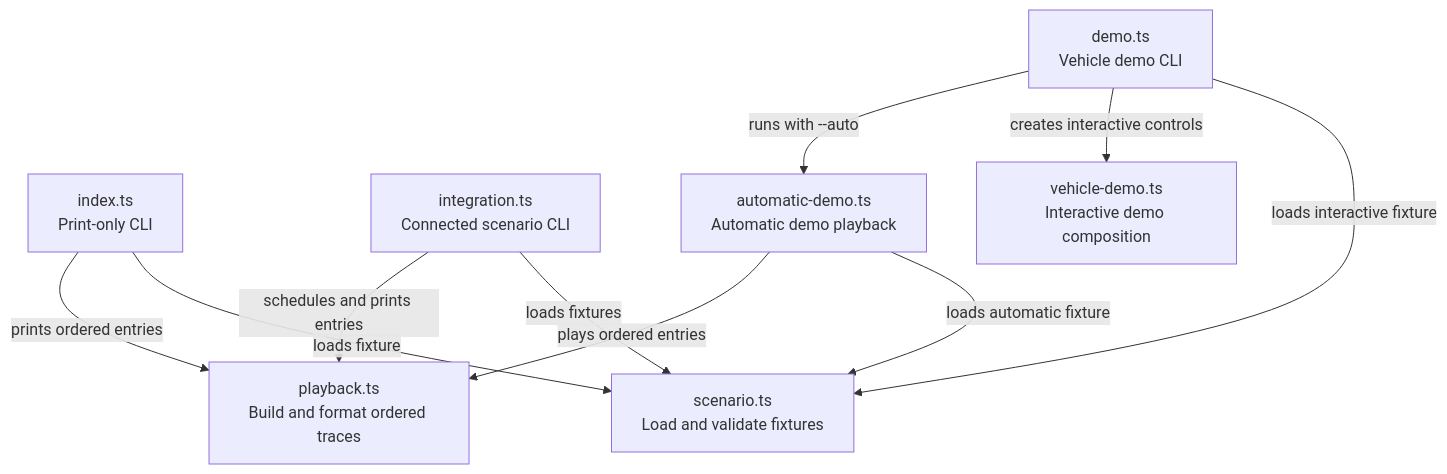
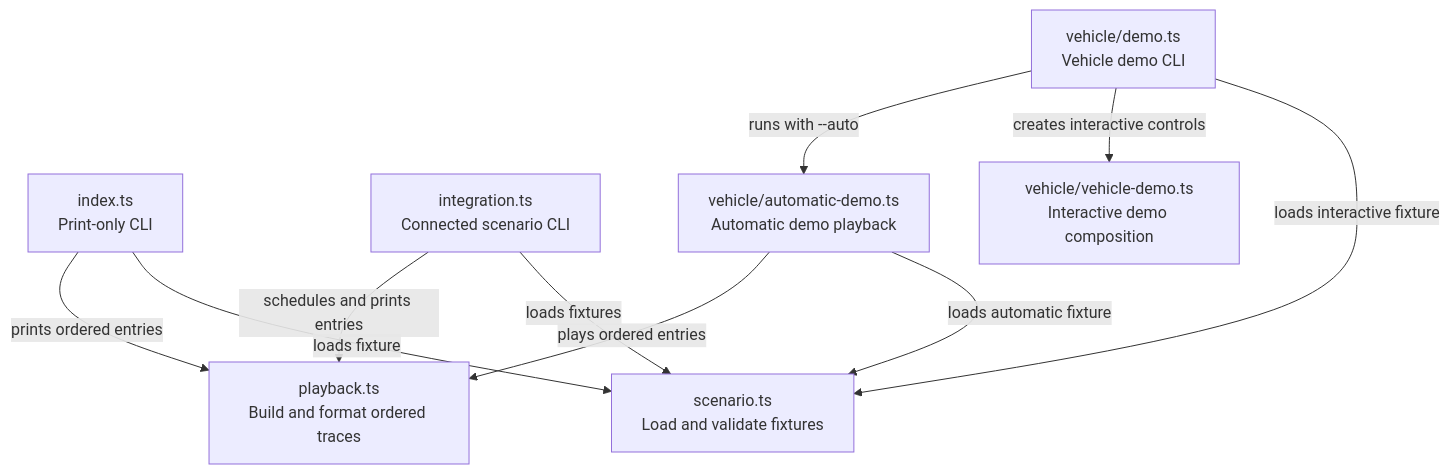
One commit to sproates/zooglass changed the first of 6 diagrams in incubator/workbench/docs/source-map.md. Above: the diagram before and after it, drawn with Mermaid. The commit also changed other lines of this file and 22 other files, not shown here.

Commit message:
Group vehicle demo modules separately from Workbench core

````diff
--- a/incubator/workbench/docs/source-map.md
+++ b/incubator/workbench/docs/source-map.md
@@ -30,19 +35,19 @@
 ```mermaid
 flowchart TB
   index["index.ts<br/>Print-only CLI"]
   integration["integration.ts<br/>Connected scenario CLI"]
-  demo["demo.ts<br/>Vehicle demo CLI"]
+  demo["vehicle/demo.ts<br/>Vehicle demo CLI"]
   scenario["scenario.ts<br/>Load and validate fixtures"]
   playback["playback.ts<br/>Build and format ordered traces"]
-  vehicle["vehicle-demo.ts<br/>Interactive demo composition"]
-  automatic["automatic-demo.ts<br/>Automatic demo playback"]
+  vehicle["vehicle/vehicle-demo.ts<br/>Interactive demo composition"]
+  automatic["vehicle/automatic-demo.ts<br/>Automatic demo playback"]
   index -->|loads fixture| scenario
   index -->|prints ordered entries| playback
   integration -->|loads fixtures| scenario
   integration -->|schedules and prints entries| playback
   demo -->|loads interactive fixture| scenario
   demo -->|creates interactive controls| vehicle
   demo -->|runs with --auto| automatic
   automatic -->|loads automatic fixture| scenario
   automatic -->|plays ordered entries| playback
 ```
````
